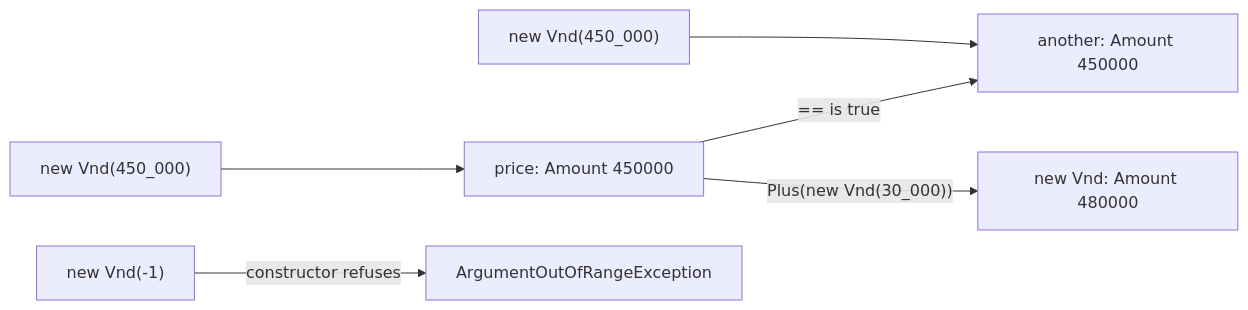
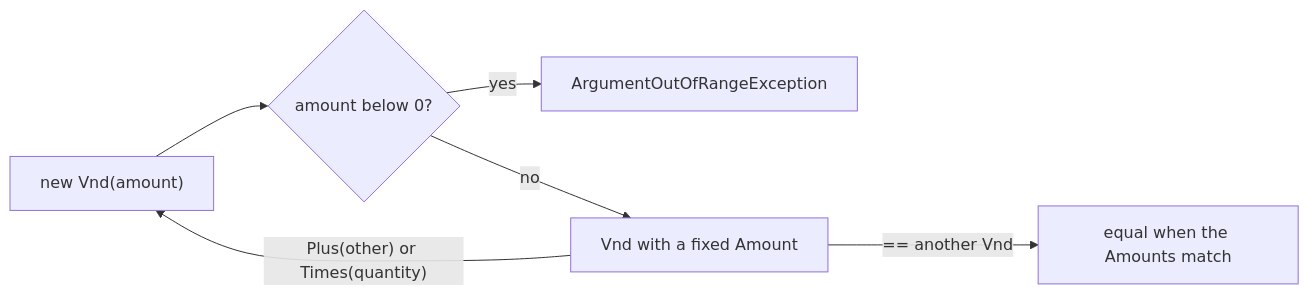
One commit to duyan11110/lo-trinh-architect changed the diagram in content/tracks/design/ddd-tactical/design.l3.value-objects.en.md. Above: the diagram before and after it, drawn with Mermaid. The commit also changed other lines of this file and 32 other files, not shown here.

````diff
--- a/content/tracks/design/ddd-tactical/design.l3.value-objects.en.md
+++ b/content/tracks/design/ddd-tactical/design.l3.value-objects.en.md
@@ -41,8 +41,8 @@
 ```mermaid
 flowchart LR
-  A["new Vnd(450_000)"] --> P["price: Amount 450000"]
-  B["new Vnd(450_000)"] --> Q["another: Amount 450000"]
-  P -->|"== is true"| Q
-  P -->|"Plus(new Vnd(30_000))"| T["new Vnd: Amount 480000"]
-  N["new Vnd(-1)"] -->|"constructor refuses"| X["ArgumentOutOfRangeException"]
+  A["new Vnd(amount)"] --> B{"amount below 0?"}
+  B -- yes --> C["ArgumentOutOfRangeException"]
+  B -- no --> D["Vnd with a fixed Amount"]
+  D -- "Plus(other) or Times(quantity)" --> A
+  D -- "== another Vnd" --> E["equal when the Amounts match"]
 ```
````
